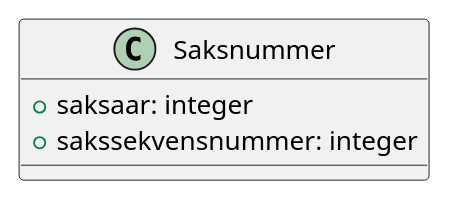
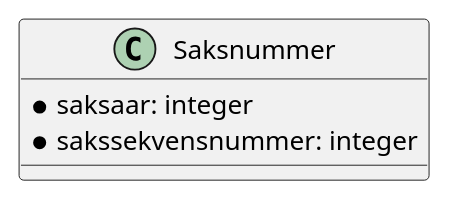
One commit to ks-no/fiks-saksfaser-specification changed the diagram in Dokumentasjon/V1/ClassDiagrams/no.ks.fiks.saksfaser.v1.felles.saksnummer/classdiagram.pu. Above: the diagram before and after it, drawn with PlantUML. The commit also changed 13 other files, not shown here.

```diff
--- a/Dokumentasjon/V1/ClassDiagrams/no.ks.fiks.saksfaser.v1.felles.saksnummer/classdiagram.pu
+++ b/Dokumentasjon/V1/ClassDiagrams/no.ks.fiks.saksfaser.v1.felles.saksnummer/classdiagram.pu
@@ -1,8 +1,8 @@
 @startuml
 
 class Saksnummer {
-    +saksaar: integer
-    +sakssekvensnummer: integer 
+    *saksaar: integer
+    *sakssekvensnummer: integer 
 }
 
 @enduml
```
